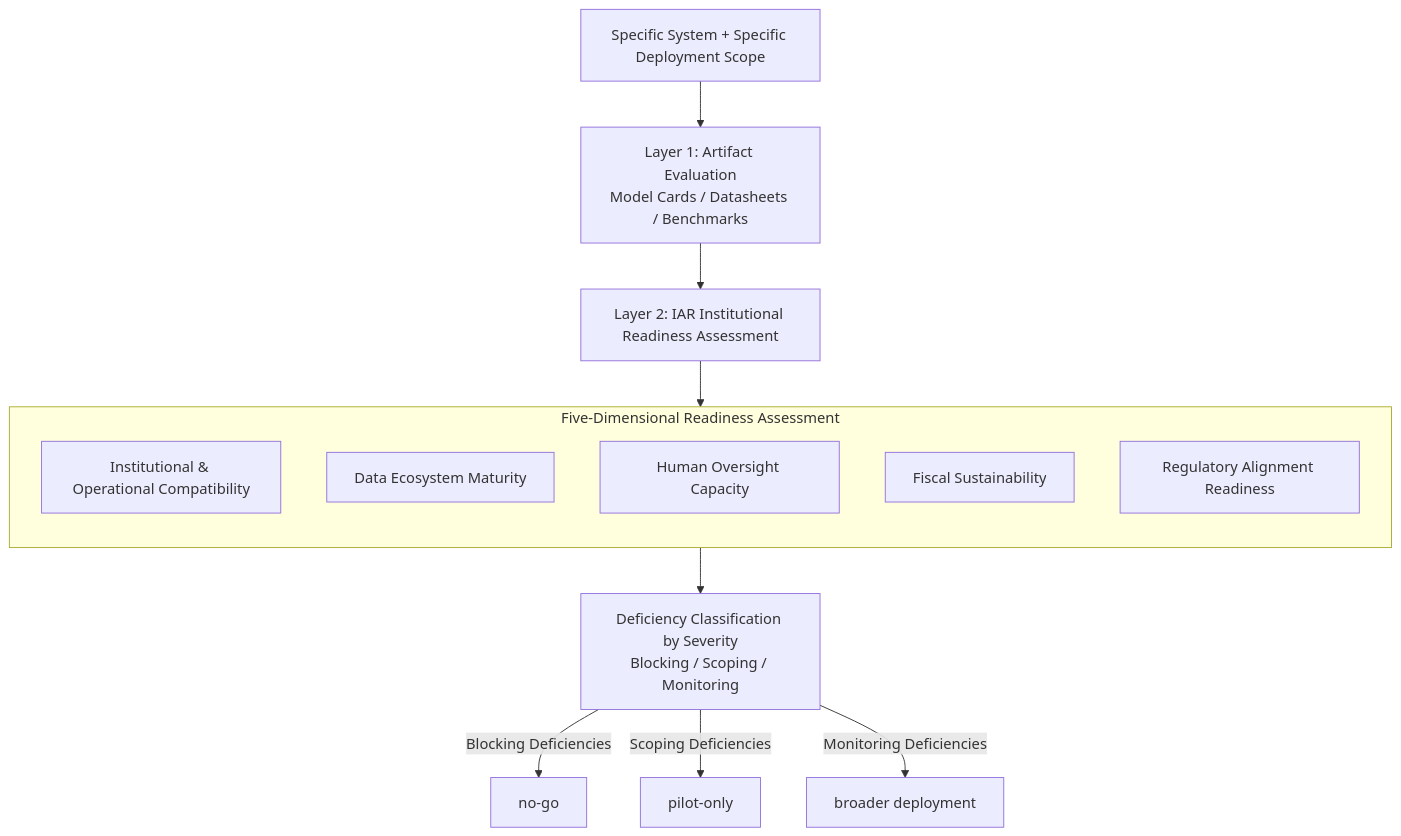
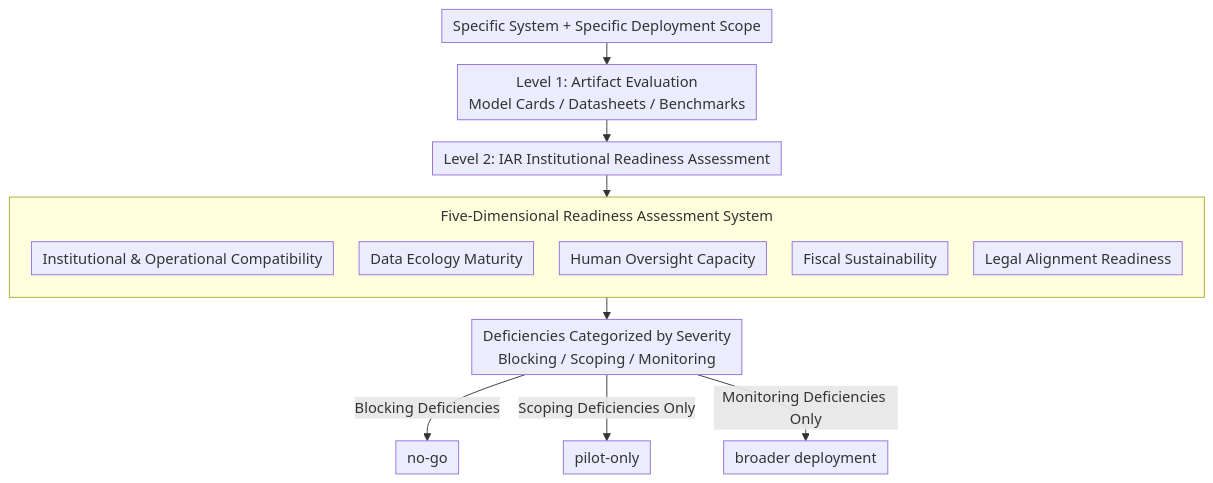
One commit to zhaoyang97/Paper-Notes-en changed the diagram in docs/ICML2026/others/beyond_model_readiness_institutional_readiness_for_ai_deployment_in_public_syste.md. Above: the diagram before and after it, drawn with Mermaid. The commit also changed other lines of this file and 5084 other files, not shown here.

````diff
--- a/docs/ICML2026/others/beyond_model_readiness_institutional_readiness_for_ai_deployment_in_public_syste.md
+++ b/docs/ICML2026/others/beyond_model_readiness_institutional_readiness_for_ai_deployment_in_public_syste.md
@@ -42,18 +42,19 @@
 ```mermaid
-graph TD
-    A["Specific System + Specific Deployment Scope"] --> B["Layer 1: Artifact Evaluation<br/>Model Cards / Datasheets / Benchmarks"]
-    B --> C["Layer 2: IAR Institutional Readiness Assessment"]
+%%{init: {'flowchart': {'rankSpacing': 24, 'nodeSpacing': 28, 'padding': 6, 'wrappingWidth': 400, 'subGraphTitleMargin': {'top': 8, 'bottom': 16}}}}%%
+flowchart TD
+    A["Specific System + Specific Deployment Scope"] --> B["Level 1: Artifact Evaluation<br/>Model Cards / Datasheets / Benchmarks"]
+    B --> C["Level 2: IAR Institutional Readiness Assessment"]
     C --> DIM
-    subgraph DIM["Five-Dimensional Readiness Assessment"]
+    subgraph DIM["Five-Dimensional Readiness Assessment System"]
         direction TB
         D1["Institutional & Operational Compatibility"]
-        D2["Data Ecosystem Maturity"]
+        D2["Data Ecology Maturity"]
         D3["Human Oversight Capacity"]
         D4["Fiscal Sustainability"]
-        D5["Regulatory Alignment Readiness"]
+        D5["Legal Alignment Readiness"]
     end
-    DIM --> E["Deficiency Classification by Severity<br/>Blocking / Scoping / Monitoring"]
+    DIM --> E["Deficiencies Categorized by Severity<br/>Blocking / Scoping / Monitoring"]
     E -->|Blocking Deficiencies| F["no-go"]
-    E -->|Scoping Deficiencies| G["pilot-only"]
-    E -->|Monitoring Deficiencies| H["broader deployment"]
+    E -->|Scoping Deficiencies Only| G["pilot-only"]
+    E -->|Monitoring Deficiencies Only| H["broader deployment"]
 ```
````
